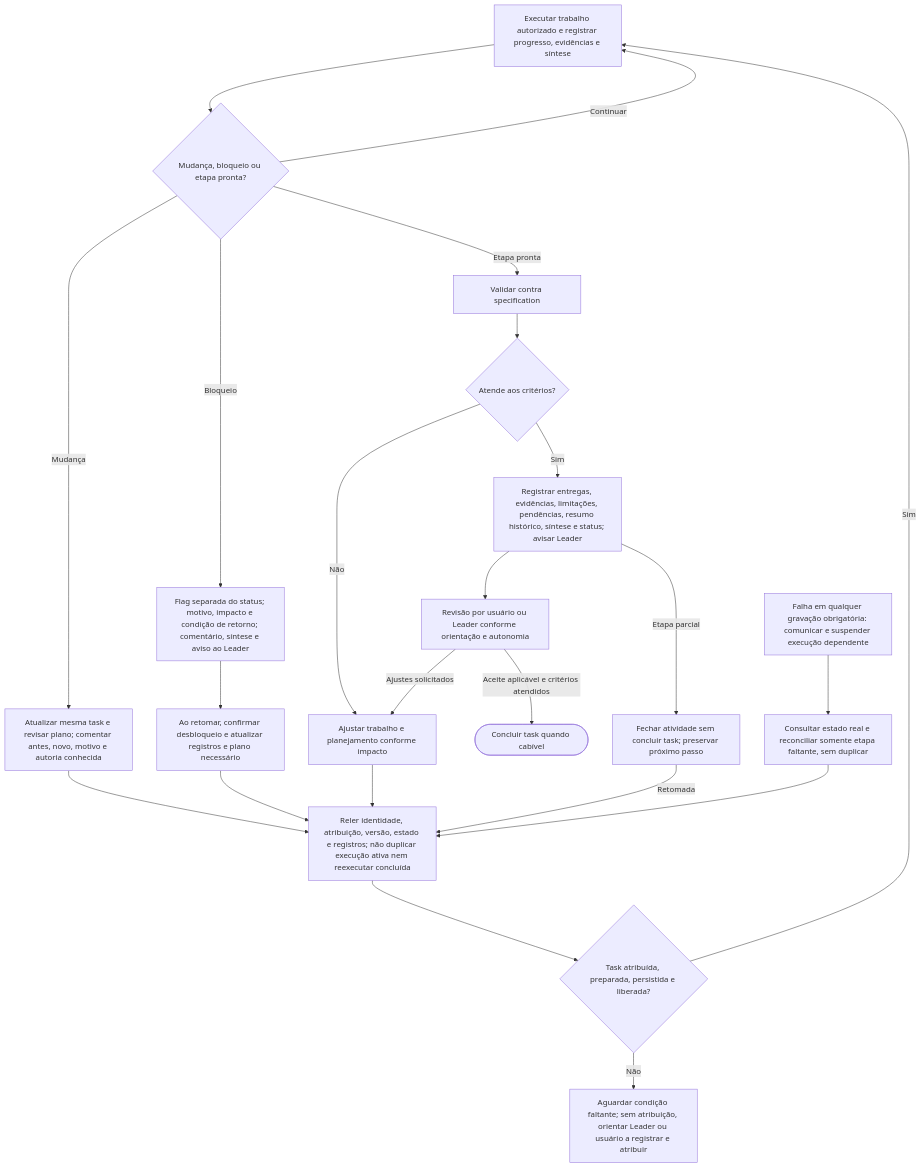
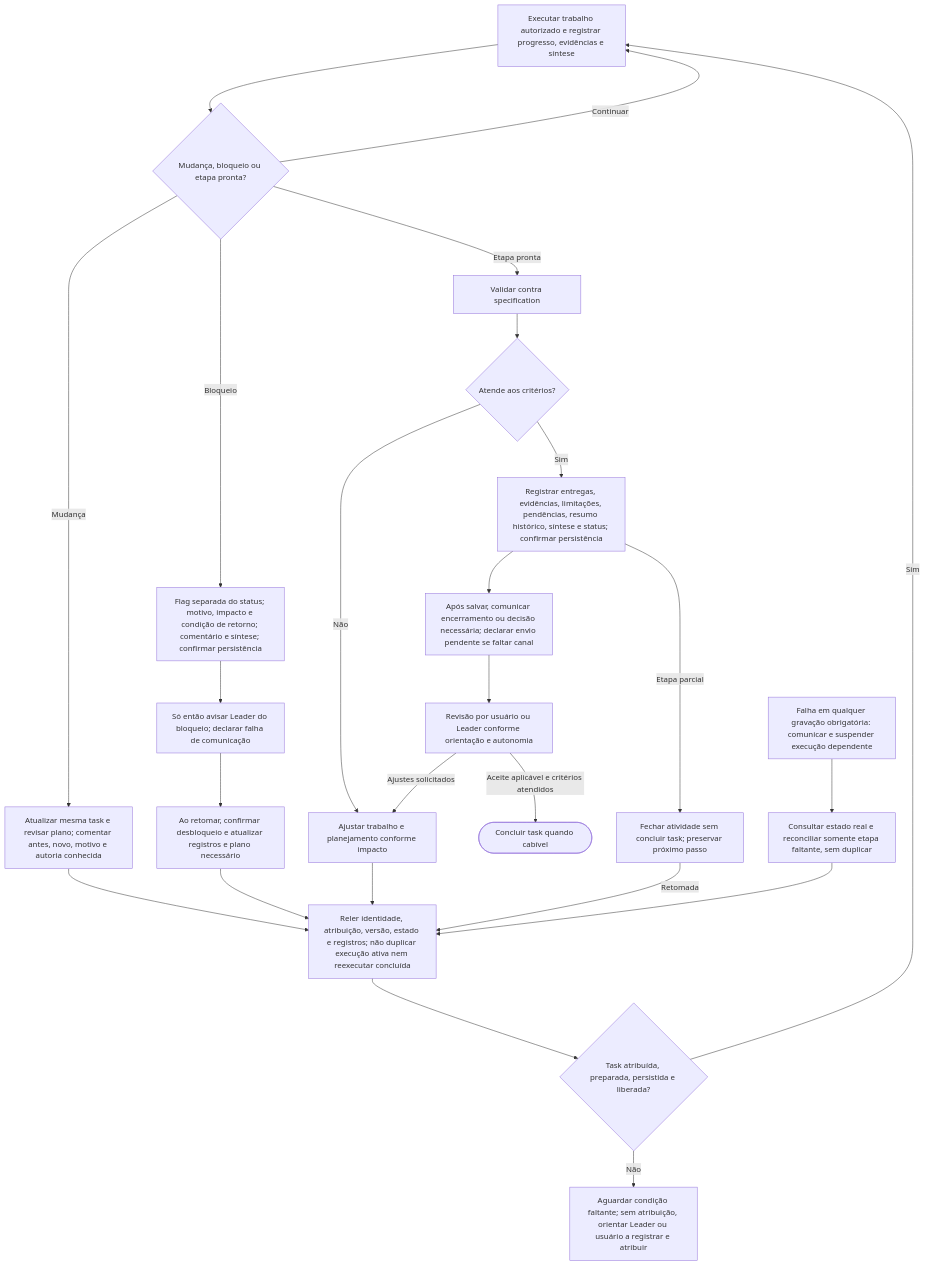
One commit to runvibe/beeteam changed the second of 2 diagrams in docs/collaborator-workflow.md. Above: the diagram before and after it, drawn with Mermaid. The commit also changed other lines of this file and 1 other file, not shown here.

Commit message:
docs: align leader collaborator handoff and return workflows

````diff
--- a/docs/collaborator-workflow.md
+++ b/docs/collaborator-workflow.md
@@ -35,25 +37,27 @@
 ```mermaid
 flowchart TD
     TRABALHO["Executar trabalho autorizado e registrar progresso, evidências e síntese"] --> EVENTO{"Mudança, bloqueio ou etapa pronta?"}
     EVENTO -->|Continuar| TRABALHO
     EVENTO -->|Mudança| MUDANCA["Atualizar mesma task e revisar plano; comentar antes, novo, motivo e autoria conhecida"]
     MUDANCA --> REVALIDAR
-    EVENTO -->|Bloqueio| BLOQUEIO["Flag separada do status; motivo, impacto e condição de retorno; comentário, síntese e aviso ao Leader"]
-    BLOQUEIO --> RETOMADA["Ao retomar, confirmar desbloqueio e atualizar registros e plano necessário"]
+    EVENTO -->|Bloqueio| BLOQUEIO["Flag separada do status; motivo, impacto e condição de retorno; comentário e síntese; confirmar persistência"]
+    BLOQUEIO --> AVISOB["Só então avisar Leader do bloqueio; declarar falha de comunicação"]
+    AVISOB --> RETOMADA["Ao retomar, confirmar desbloqueio e atualizar registros e plano necessário"]
     RETOMADA --> REVALIDAR
     EVENTO -->|Etapa pronta| TESTAR["Validar contra specification"]
     TESTAR --> RESULTADO{"Atende aos critérios?"}
     RESULTADO -->|Não| AJUSTES["Ajustar trabalho e planejamento conforme impacto"]
     AJUSTES --> REVALIDAR
-    RESULTADO -->|Sim| ENTREGA["Registrar entregas, evidências, limitações, pendências, resumo histórico, síntese e status; avisar Leader"]
-    ENTREGA --> REVISAO["Revisão por usuário ou Leader conforme orientação e autonomia"]
+    RESULTADO -->|Sim| ENTREGA["Registrar entregas, evidências, limitações, pendências, resumo histórico, síntese e status; confirmar persistência"]
+    ENTREGA --> AVISOR["Após salvar, comunicar encerramento ou decisão necessária; declarar envio pendente se faltar canal"]
+    AVISOR --> REVISAO["Revisão por usuário ou Leader conforme orientação e autonomia"]
     REVISAO -->|Ajustes solicitados| AJUSTES
     REVISAO -->|Aceite aplicável e critérios atendidos| CONCLUIR(["Concluir task quando cabível"])
     ENTREGA -->|Etapa parcial| PARCIAL["Fechar atividade sem concluir task; preservar próximo passo"]
     PARCIAL -->|Retomada| REVALIDAR
     FALHA["Falha em qualquer gravação obrigatória: comunicar e suspender execução dependente"] --> RECUPERAR["Consultar estado real e reconciliar somente etapa faltante, sem duplicar"]
     RECUPERAR --> REVALIDAR
     REVALIDAR["Reler identidade, atribuição, versão, estado e registros; não duplicar execução ativa nem reexecutar concluída"] --> PRONTO{"Task atribuída, preparada, persistida e liberada?"}
     PRONTO -->|Sim| TRABALHO
     PRONTO -->|Não| ESPERA["Aguardar condição faltante; sem atribuição, orientar Leader ou usuário a registrar e atribuir"]
 ```
````
